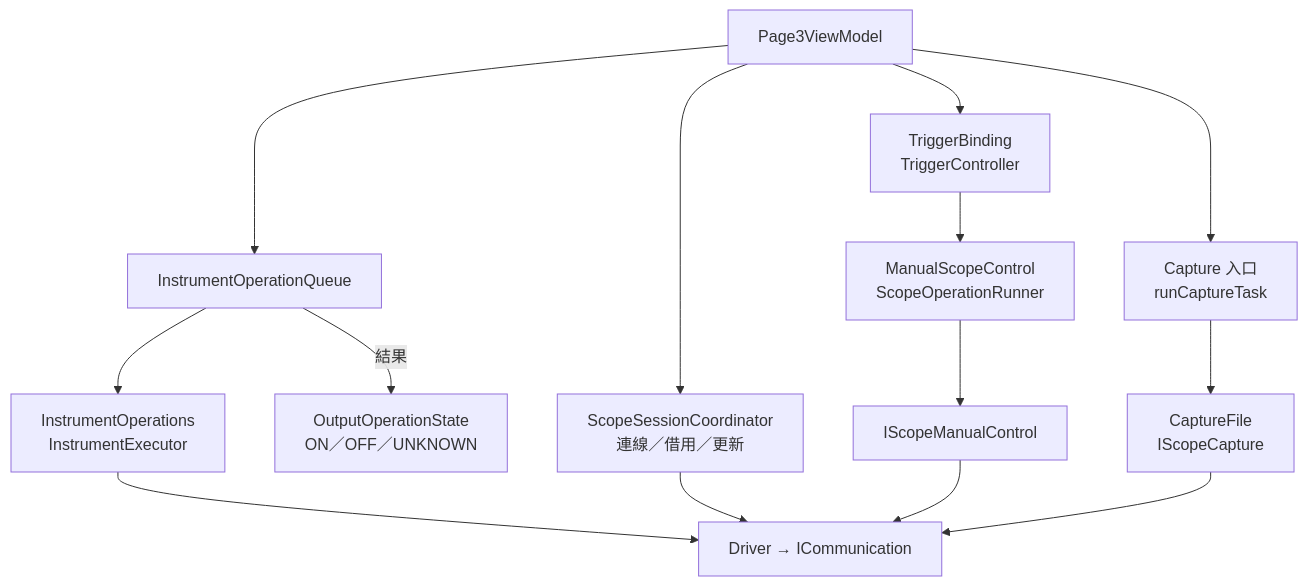
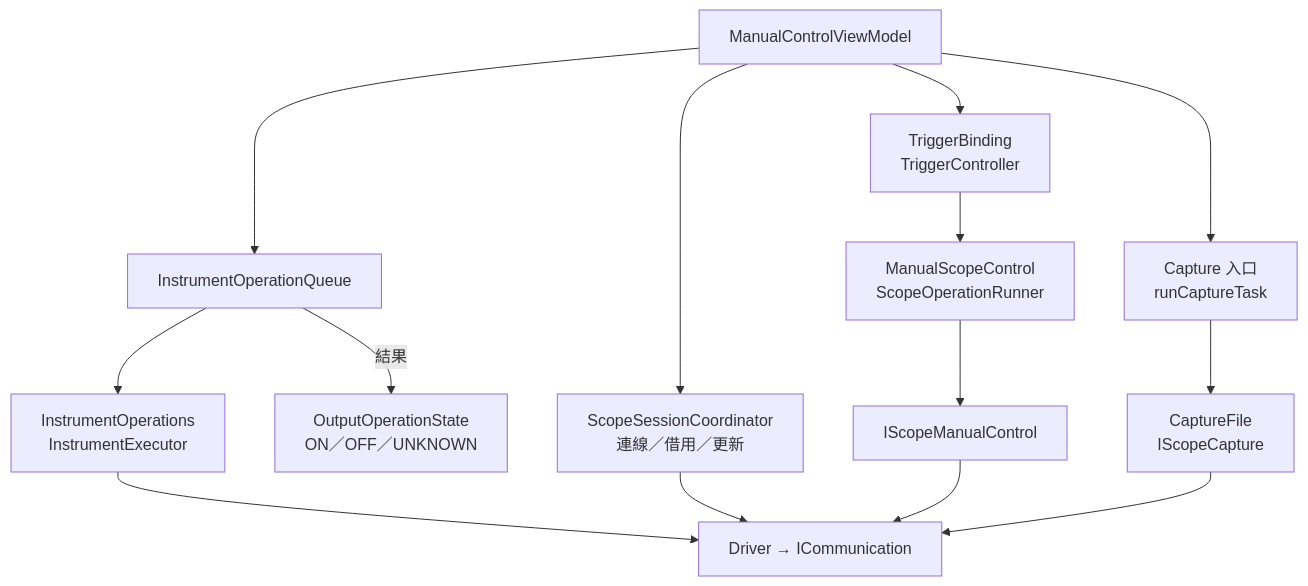
The second of 3 diagrams in ARCHITECTURE.md (Jaxon-Su/ElectronicATE), drawn with Mermaid before and after one commit. The commit also changed other lines of this file and 309 other files, not shown here.

````diff
--- a/ARCHITECTURE.md
+++ b/ARCHITECTURE.md
@@ -88,16 +109,16 @@
 ```mermaid
 flowchart TD
-    P3["Page3ViewModel"] --> Queue["InstrumentOperationQueue"]
+    manualControl["ManualControlViewModel"] --> Queue["InstrumentOperationQueue"]
     Queue --> Ops["InstrumentOperations<br/>InstrumentExecutor"]
     Queue -->|"結果"| State["OutputOperationState<br/>ON／OFF／UNKNOWN"]
-    P3 --> Scope["ScopeSessionCoordinator<br/>連線／借用／更新"]
-    P3 --> Trigger["TriggerBinding<br/>TriggerController"]
+    manualControl --> Scope["ScopeSessionCoordinator<br/>連線／借用／更新"]
+    manualControl --> Trigger["TriggerBinding<br/>TriggerController"]
     Trigger --> Manual["ManualScopeControl<br/>ScopeOperationRunner"]
     Manual --> ManualAPI["IScopeManualControl"]
-    P3 --> Capture["Capture 入口<br/>runCaptureTask"]
+    manualControl --> Capture["Capture 入口<br/>runCaptureTask"]
     Capture --> CaptureAPI["CaptureFile<br/>IScopeCapture"]
     Ops --> Driver["Driver → ICommunication"]
     Scope --> Driver
     ManualAPI --> Driver
     CaptureAPI --> Driver
 ```
````
